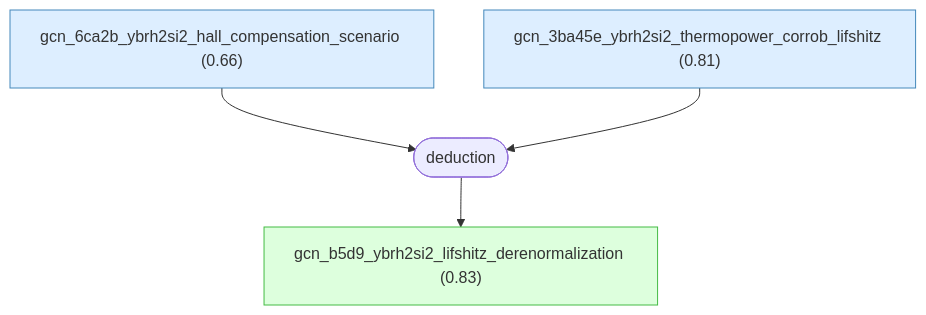
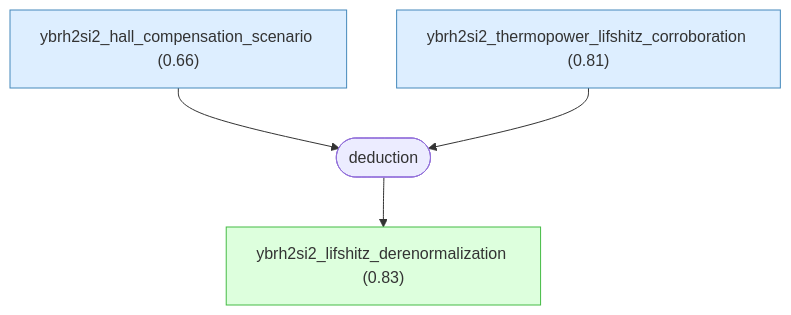
Before and after one commit to Callo42/fermi-liquid-effective-mass-gaia: the tenth of 13 diagrams in docs/detailed-reasoning.md, drawn with Mermaid. The commit also changed other lines of this file and 33 other files, not shown here.

````diff
--- a/docs/detailed-reasoning.md
+++ b/docs/detailed-reasoning.md
@@ -1045,20 +1045,20 @@
 ```mermaid
 graph TD
-    gcn_6ca2b_ybrh2si2_hall_compensation_scenario["gcn_6ca2b_ybrh2si2_hall_compensation_scenario (0.66)"]:::premise
-    gcn_3ba45e_ybrh2si2_thermopower_corrob_lifshitz["gcn_3ba45e_ybrh2si2_thermopower_corrob_lifshitz (0.81)"]:::premise
-    gcn_b5d9_ybrh2si2_lifshitz_derenormalization["gcn_b5d9_ybrh2si2_lifshitz_derenormalization (0.83)"]:::derived
+    ybrh2si2_hall_compensation_scenario["ybrh2si2_hall_compensation_scenario (0.66)"]:::premise
+    ybrh2si2_thermopower_lifshitz_corroboration["ybrh2si2_thermopower_lifshitz_corroboration (0.81)"]:::premise
+    ybrh2si2_lifshitz_derenormalization["ybrh2si2_lifshitz_derenormalization (0.83)"]:::derived
     strat_16(["deduction"])
-    gcn_6ca2b_ybrh2si2_hall_compensation_scenario --> strat_16
-    gcn_3ba45e_ybrh2si2_thermopower_corrob_lifshitz --> strat_16
-    strat_16 --> gcn_b5d9_ybrh2si2_lifshitz_derenormalization
+    ybrh2si2_hall_compensation_scenario --> strat_16
+    ybrh2si2_thermopower_lifshitz_corroboration --> strat_16
+    strat_16 --> ybrh2si2_lifshitz_derenormalization
 
     classDef setting fill:#f0f0f0,stroke:#999,color:#333
     classDef premise fill:#ddeeff,stroke:#4488bb,color:#333
     classDef derived fill:#ddffdd,stroke:#44bb44,color:#333
     classDef question fill:#fff3dd,stroke:#cc9944,color:#333
     classDef background fill:#f5f5f5,stroke:#bbb,stroke-dasharray: 5 5,color:#333
     classDef orphan fill:#fff,stroke:#ccc,stroke-dasharray: 5 5,color:#333
     classDef external fill:#fff,stroke:#aaa,stroke-dasharray: 3 3,color:#333
     classDef weak fill:#fff9c4,stroke:#f9a825,stroke-dasharray: 5 5,color:#333
     classDef contra fill:#ffebee,stroke:#c62828,color:#333
 ```
````
